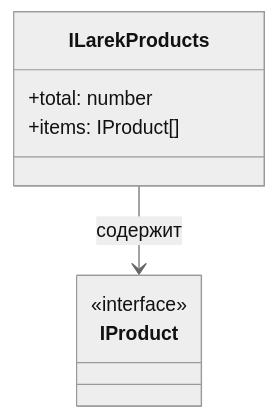
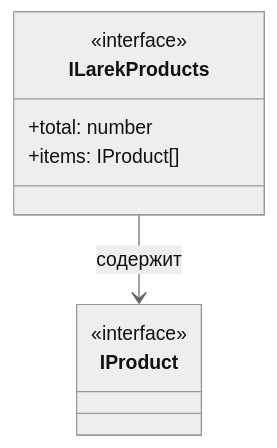
One commit to vvk2020/weblarek changed the third of 15 diagrams in README.md. Above: the diagram before and after it, drawn with Mermaid (neutral theme). The commit also changed other lines of this file and 5 other files, not shown here.

````diff
--- a/README.md
+++ b/README.md
@@ -177,13 +177,14 @@
 ```mermaid
 classDiagram
     class ILarekProducts {
+        <<interface>>
         +total: number
         +items: IProduct[]
     }
 
     class IProduct {
         <<interface>>
     }
 
     ILarekProducts --> IProduct : содержит
 ```
````
